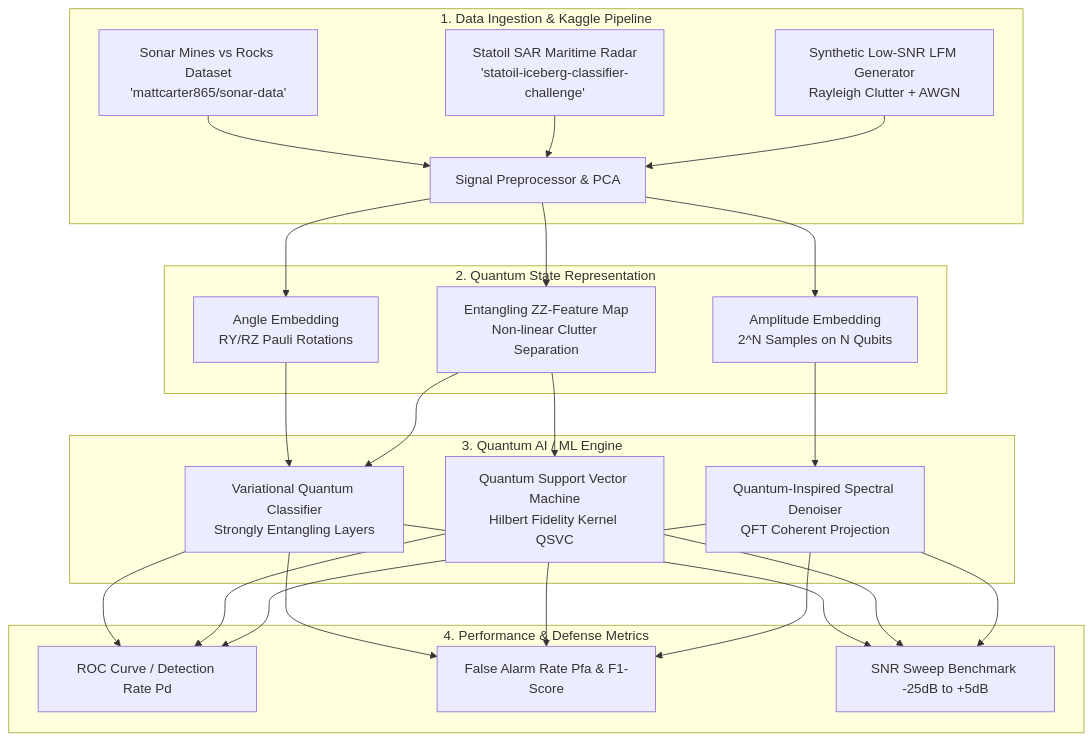
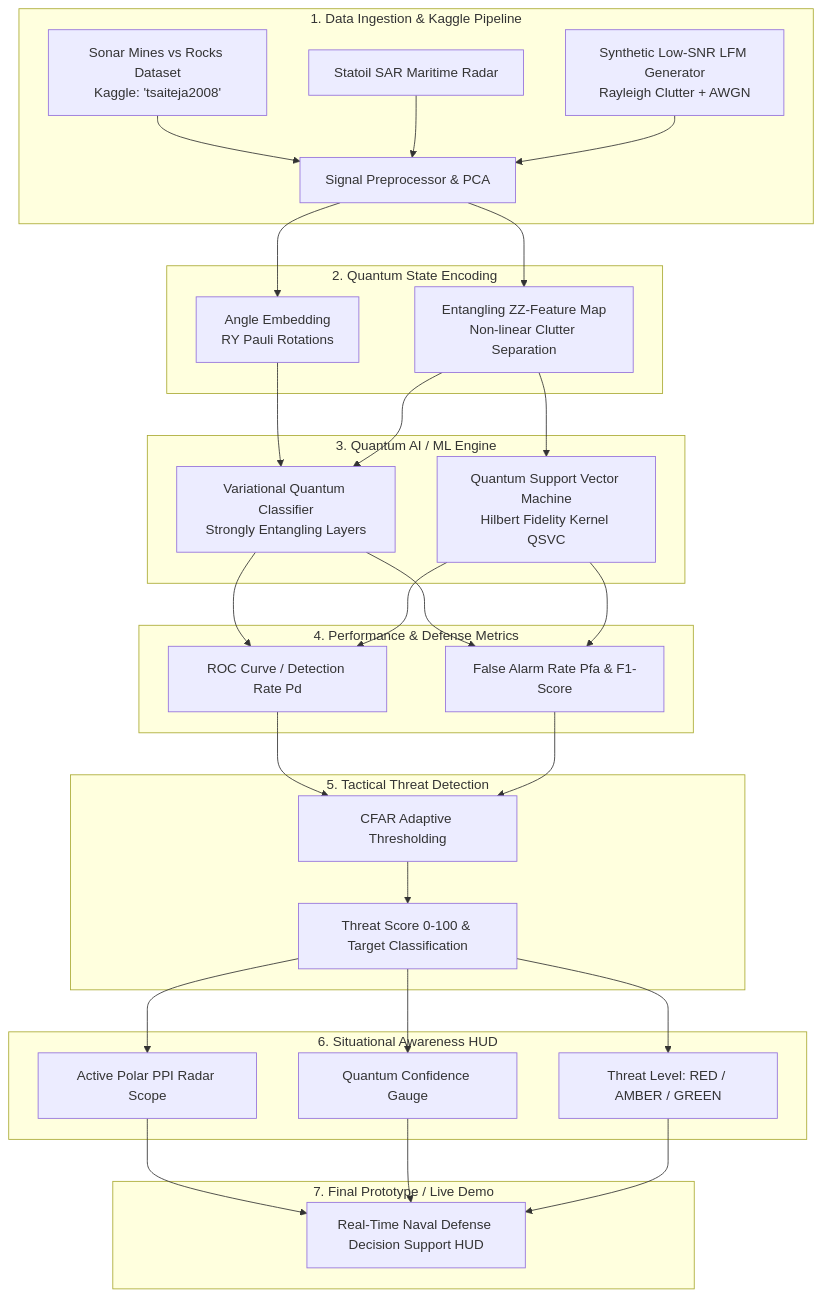
The diagram in README.md (25A31A0356/UC086-Quantum-Weak-Signal), drawn with Mermaid before and after one commit. The commit also changed other lines of this file and 3 other files, not shown here.

Commit message:
Add: Tactical Threat Detection, Situational Awareness HUD Dashboard & Live Prototype Demo

````diff
--- a/README.md
+++ b/README.md
@@ -31,26 +17,38 @@
 ```mermaid
 flowchart TD
-    subgraph Data_Ingestion ["1. Data Ingestion & Kaggle Pipeline"]
-        A1[Sonar Mines vs Rocks Dataset\n'mattcarter865/sonar-data'] --> D[Signal Preprocessor & PCA]
-        A2[Statoil SAR Maritime Radar\n'statoil-iceberg-classifier-challenge'] --> D
+    subgraph S1 ["1. Data Ingestion & Kaggle Pipeline"]
+        A1[Sonar Mines vs Rocks Dataset\nKaggle: 'tsaiteja2008'] --> D[Signal Preprocessor & PCA]
+        A2[Statoil SAR Maritime Radar] --> D
         A3[Synthetic Low-SNR LFM Generator\nRayleigh Clutter + AWGN] --> D
     end
 
-    subgraph Quantum_Encoding ["2. Quantum State Representation"]
-        D --> B1[Angle Embedding\nRY/RZ Pauli Rotations]
+    subgraph S2 ["2. Quantum State Encoding"]
+        D --> B1[Angle Embedding\nRY Pauli Rotations]
         D --> B2[Entangling ZZ-Feature Map\nNon-linear Clutter Separation]
-        D --> B3[Amplitude Embedding\n2^N Samples on N Qubits]
     end
 
-    subgraph Quantum_Models ["3. Quantum AI / ML Engine"]
+    subgraph S3 ["3. Quantum AI / ML Engine"]
         B1 & B2 --> C1[Variational Quantum Classifier\nStrongly Entangling Layers]
         B2 --> C2[Quantum Support Vector Machine\nHilbert Fidelity Kernel QSVC]
-        B3 --> C3[Quantum-Inspired Spectral Denoiser\nQFT Coherent Projection]
     end
 
-    subgraph Benchmarking ["4. Performance & Defense Metrics"]
-        C1 & C2 & C3 --> E1[ROC Curve / Detection Rate Pd]
-        C1 & C2 & C3 --> E2[False Alarm Rate Pfa & F1-Score]
-        C1 & C2 & C3 --> E3[SNR Sweep Benchmark -25dB to +5dB]
+    subgraph S4 ["4. Performance & Defense Metrics"]
+        C1 & C2 --> E1[ROC Curve / Detection Rate Pd]
+        C1 & C2 --> E2[False Alarm Rate Pfa & F1-Score]
+    end
+
+    subgraph S5 ["5. Tactical Threat Detection"]
+        E1 & E2 --> F1[CFAR Adaptive Thresholding]
+        F1 --> F2[Threat Score 0-100 & Target Classification]
+    end
+
+    subgraph S6 ["6. Situational Awareness HUD"]
+        F2 --> G1[Active Polar PPI Radar Scope]
+        F2 --> G2[Quantum Confidence Gauge]
+        F2 --> G3[Threat Level: RED / AMBER / GREEN]
+    end
+
+    subgraph S7 ["7. Final Prototype / Live Demo"]
+        G1 & G2 & G3 --> H1[Real-Time Naval Defense Decision Support HUD]
     end
 ```
````
